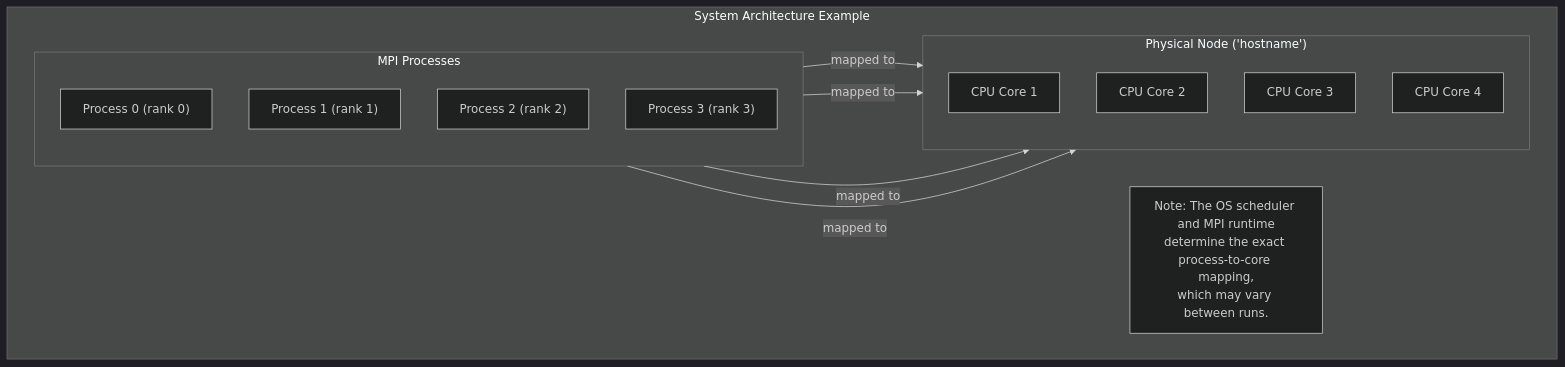
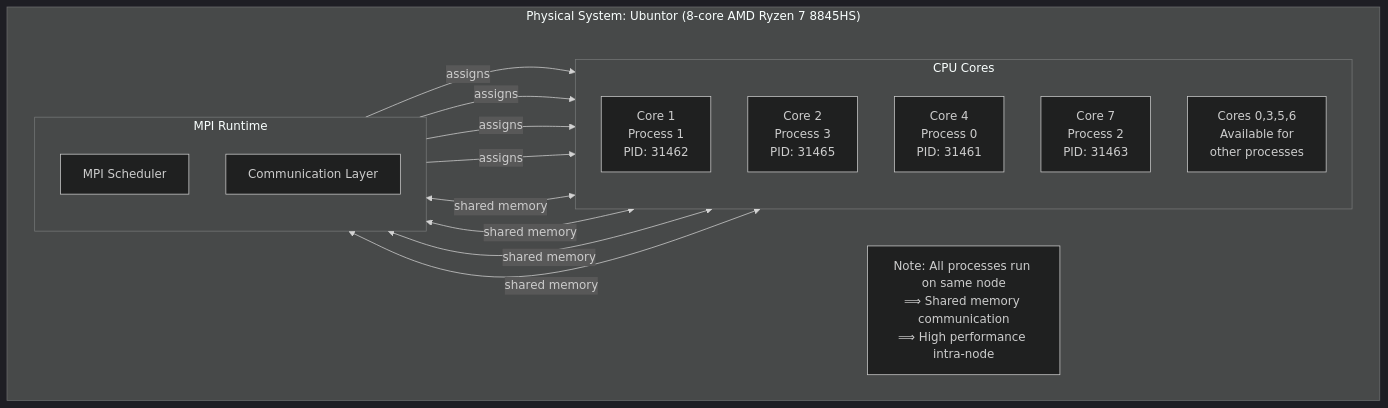
Before and after one commit to matthewloh/6004cem: the second of 8 diagrams in 6004CEM_FINAL_SUBMISSION/TASK2B_DISTRIBUTED_PORTFOLIO/DOCUMENTATION/SCREENSHOTS_AND_DIAGRAMS.md, drawn with Mermaid (dark theme). The commit also changed other lines of this file and 1 other file, not shown here.

````diff
--- a/6004CEM_FINAL_SUBMISSION/TASK2B_DISTRIBUTED_PORTFOLIO/DOCUMENTATION/SCREENSHOTS_AND_DIAGRAMS.md
+++ b/6004CEM_FINAL_SUBMISSION/TASK2B_DISTRIBUTED_PORTFOLIO/DOCUMENTATION/SCREENSHOTS_AND_DIAGRAMS.md
@@ -57,27 +52,31 @@
 ```mermaid
 graph TD
-    subgraph "System Architecture Example"
-        subgraph "Physical Node ('hostname')"
+    subgraph "Physical System: Ubuntor (8-core AMD Ryzen 7 8845HS)"
+        subgraph "CPU Cores"
             direction TB
-            CPU1["CPU Core 1"]
-            CPU2["CPU Core 2"]
-            CPU3["CPU Core 3"]
-            CPU4["CPU Core 4"]
+            CPU1["Core 1<br/>Process 1<br/>PID: 31462"]
+            CPU2["Core 2<br/>Process 3<br/>PID: 31465"]
+            CPU4["Core 4<br/>Process 0<br/>PID: 31461"]
+            CPU7["Core 7<br/>Process 2<br/>PID: 31463"]
+            CPU_OTHER["Cores 0,3,5,6<br/>Available for<br/>other processes"]
         end
 
-        subgraph "MPI Processes"
+        subgraph "MPI Runtime"
             direction TB
-            P0["Process 0 (rank 0)"]
-            P1["Process 1 (rank 1)"]
-            P2["Process 2 (rank 2)"]
-            P3["Process 3 (rank 3)"]
+            MPI_SCHED["MPI Scheduler"]
+            MPI_COMM["Communication Layer"]
         end
 
-        P0 -->|mapped to| CPU1;
-        P1 -->|mapped to| CPU2;
-        P2 -->|mapped to| CPU3;
-        P3 -->|mapped to| CPU4;
+        MPI_SCHED -->|assigns| CPU1;
+        MPI_SCHED -->|assigns| CPU2;
+        MPI_SCHED -->|assigns| CPU4;
+        MPI_SCHED -->|assigns| CPU7;
+        
+        CPU1 <-->|shared memory| MPI_COMM;
+        CPU2 <-->|shared memory| MPI_COMM;
+        CPU4 <-->|shared memory| MPI_COMM;
+        CPU7 <-->|shared memory| MPI_COMM;
 
-        note["Note: The OS scheduler and MPI runtime<br/>determine the exact process-to-core mapping,<br/>which may vary between runs."]
+        note["Note: All processes run on same node<br/>⟹ Shared memory communication<br/>⟹ High performance intra-node"]
     end
 ```
````
